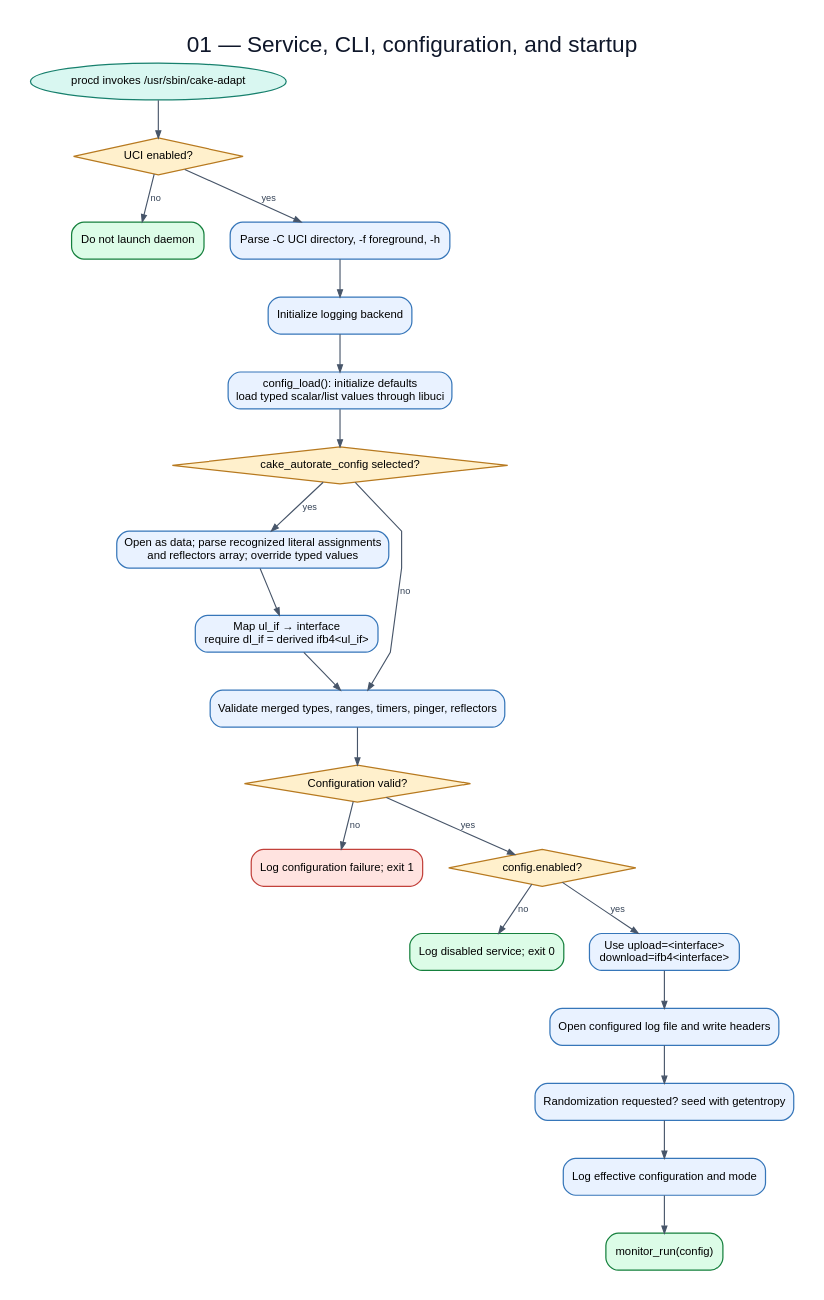
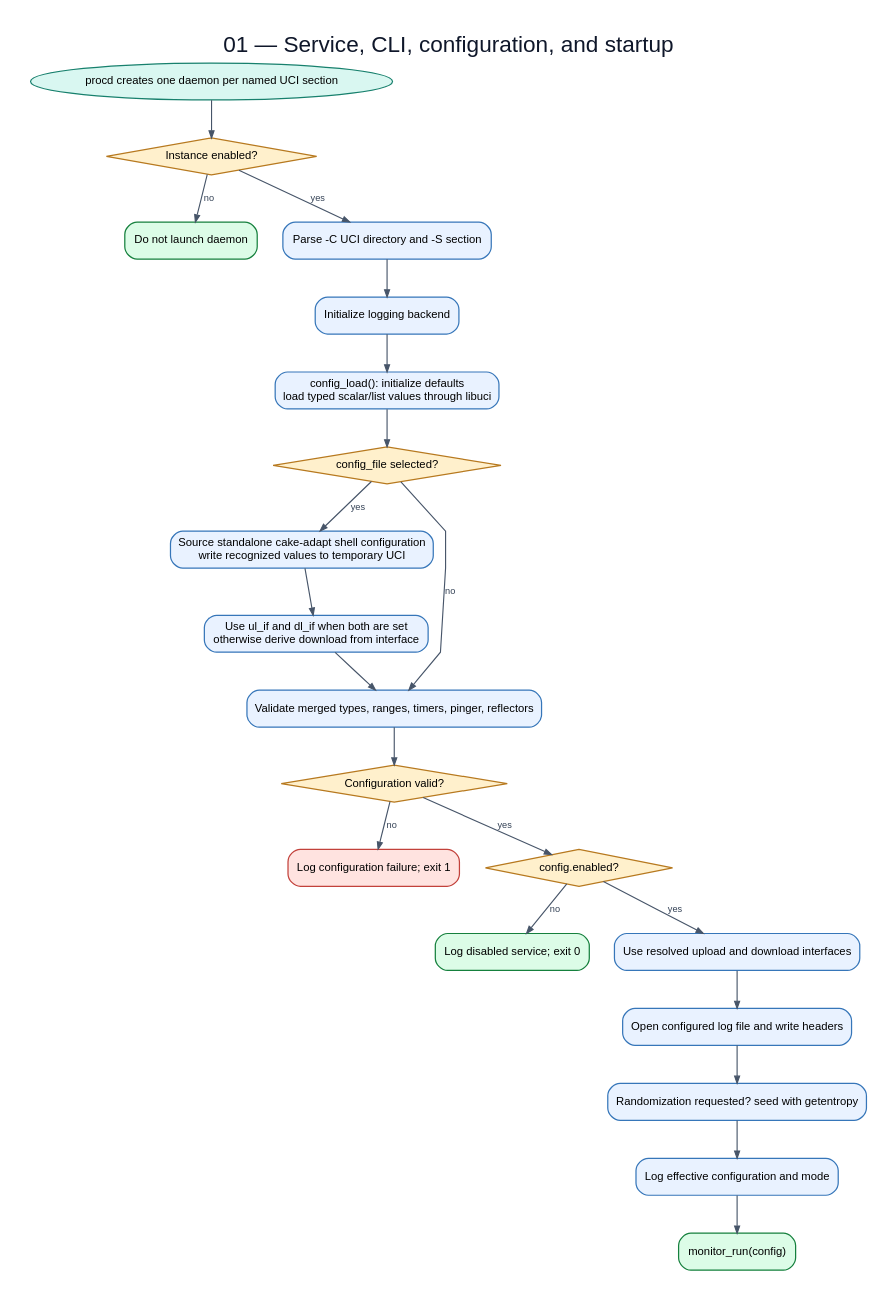
Before and after one commit to huydoan94/cake-adapt: the diagram in flowchart/diagrams/01-startup-config.dot, drawn with Graphviz. The commit also changed 12 other files, not shown here.

```diff
--- a/flowchart/diagrams/01-startup-config.dot
+++ b/flowchart/diagrams/01-startup-config.dot
@@ -1,43 +1,43 @@
 digraph G {
   graph [rankdir=TB,bgcolor="white",pad="0.30",nodesep="0.35",ranksep="0.48",splines=polyline,fontname="Arial",label="01 — Service, CLI, configuration, and startup",labelloc=t,fontsize=22,fontcolor="#0f172a"];
   node [fontname="Arial",fontsize=11,margin="0.14,0.09",penwidth=1.2];
   edge [fontname="Arial",fontsize=9,color="#475569",fontcolor="#334155",arrowsize=0.7,penwidth=1.1];
-  start [label="procd invokes /usr/sbin/cake-adapt",shape=oval,style="filled",fillcolor="#d9f7f1",color="#17806d"];
-  initcheck [label="UCI enabled?",shape=diamond,style="filled",fillcolor="#fff0cc",color="#b7791f"];
+  start [label="procd creates one daemon per named UCI section",shape=oval,style="filled",fillcolor="#d9f7f1",color="#17806d"];
+  initcheck [label="Instance enabled?",shape=diamond,style="filled",fillcolor="#fff0cc",color="#b7791f"];
   skip [label="Do not launch daemon",shape=box,style="rounded,filled,bold",fillcolor="#dcfce7",color="#15803d"];
-  args [label="Parse -C UCI directory, -f foreground, -h",shape=box,style="rounded,filled",fillcolor="#e9f2ff",color="#3676b9"];
+  args [label="Parse -C UCI directory and -S section",shape=box,style="rounded,filled",fillcolor="#e9f2ff",color="#3676b9"];
   loginit [label="Initialize logging backend",shape=box,style="rounded,filled",fillcolor="#e9f2ff",color="#3676b9"];
   load [label="config_load(): initialize defaults\nload typed scalar/list values through libuci",shape=box,style="rounded,filled",fillcolor="#e9f2ff",color="#3676b9"];
-  selected [label="cake_autorate_config selected?",shape=diamond,style="filled",fillcolor="#fff0cc",color="#b7791f"];
-  import [label="Open as data; parse recognized literal assignments\nand reflectors array; override typed values",shape=box,style="rounded,filled",fillcolor="#e9f2ff",color="#3676b9"];
-  interface [label="Map ul_if → interface\nrequire dl_if = derived ifb4<ul_if>",shape=box,style="rounded,filled",fillcolor="#e9f2ff",color="#3676b9"];
+  selected [label="config_file selected?",shape=diamond,style="filled",fillcolor="#fff0cc",color="#b7791f"];
+  import [label="Source standalone cake-adapt shell configuration\nwrite recognized values to temporary UCI",shape=box,style="rounded,filled",fillcolor="#e9f2ff",color="#3676b9"];
+  interface [label="Use ul_if and dl_if when both are set\notherwise derive download from interface",shape=box,style="rounded,filled",fillcolor="#e9f2ff",color="#3676b9"];
   validate [label="Validate merged types, ranges, timers, pinger, reflectors",shape=box,style="rounded,filled",fillcolor="#e9f2ff",color="#3676b9"];
   ok [label="Configuration valid?",shape=diamond,style="filled",fillcolor="#fff0cc",color="#b7791f"];
   fatal [label="Log configuration failure; exit 1",shape=box,style="rounded,filled",fillcolor="#ffe3e0",color="#c2413b"];
   enabled [label="config.enabled?",shape=diamond,style="filled",fillcolor="#fff0cc",color="#b7791f"];
   disabled [label="Log disabled service; exit 0",shape=box,style="rounded,filled,bold",fillcolor="#dcfce7",color="#15803d"];
-  derive [label="Use upload=<interface>\ndownload=ifb4<interface>",shape=box,style="rounded,filled",fillcolor="#e9f2ff",color="#3676b9"];
+  derive [label="Use resolved upload and download interfaces",shape=box,style="rounded,filled",fillcolor="#e9f2ff",color="#3676b9"];
   file [label="Open configured log file and write headers",shape=box,style="rounded,filled",fillcolor="#e9f2ff",color="#3676b9"];
   rng [label="Randomization requested? seed with getentropy",shape=box,style="rounded,filled",fillcolor="#e9f2ff",color="#3676b9"];
   announce [label="Log effective configuration and mode",shape=box,style="rounded,filled",fillcolor="#e9f2ff",color="#3676b9"];
   run [label="monitor_run(config)",shape=box,style="rounded,filled,bold",fillcolor="#dcfce7",color="#15803d"];
   start -> initcheck;
   initcheck -> skip [label="no"];
   initcheck -> args [label="yes"];
   args -> loginit;
   loginit -> load;
   load -> selected;
   selected -> import [label="yes"];
   selected -> validate [label="no"];
   import -> interface;
   interface -> validate;
   validate -> ok;
   ok -> fatal [label="no"];
   ok -> enabled [label="yes"];
   enabled -> disabled [label="no"];
   enabled -> derive [label="yes"];
   derive -> file;
   file -> rng;
   rng -> announce;
   announce -> run;
 }
```
